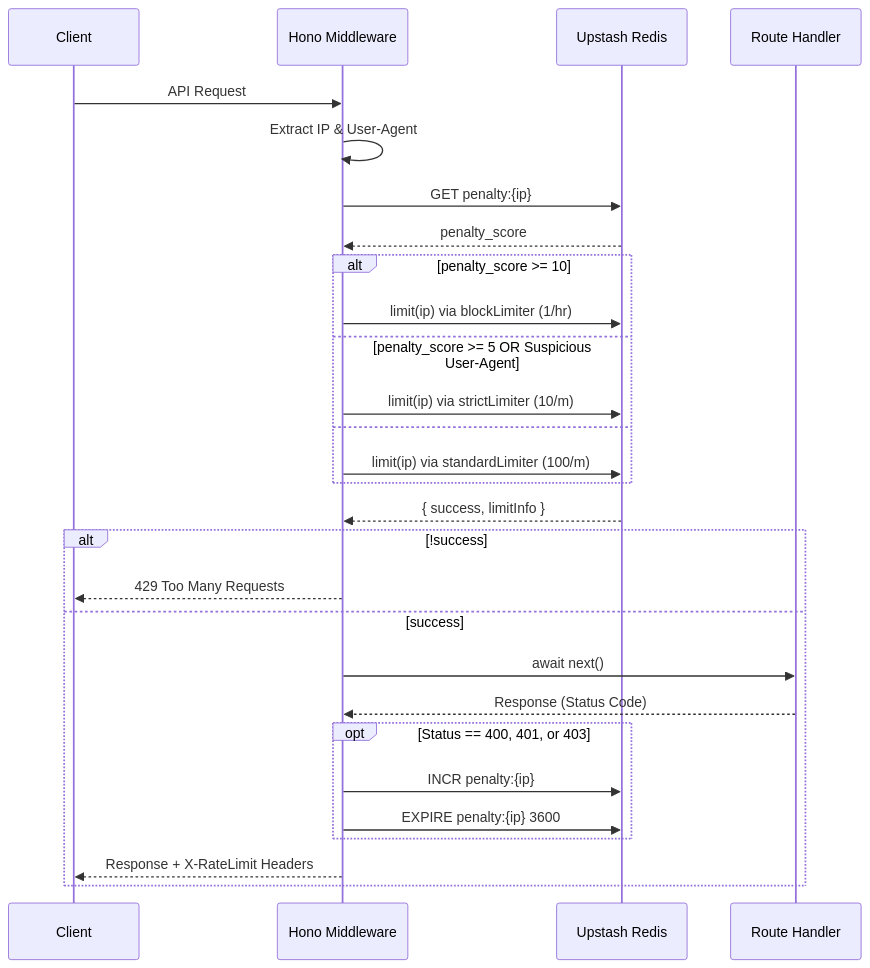
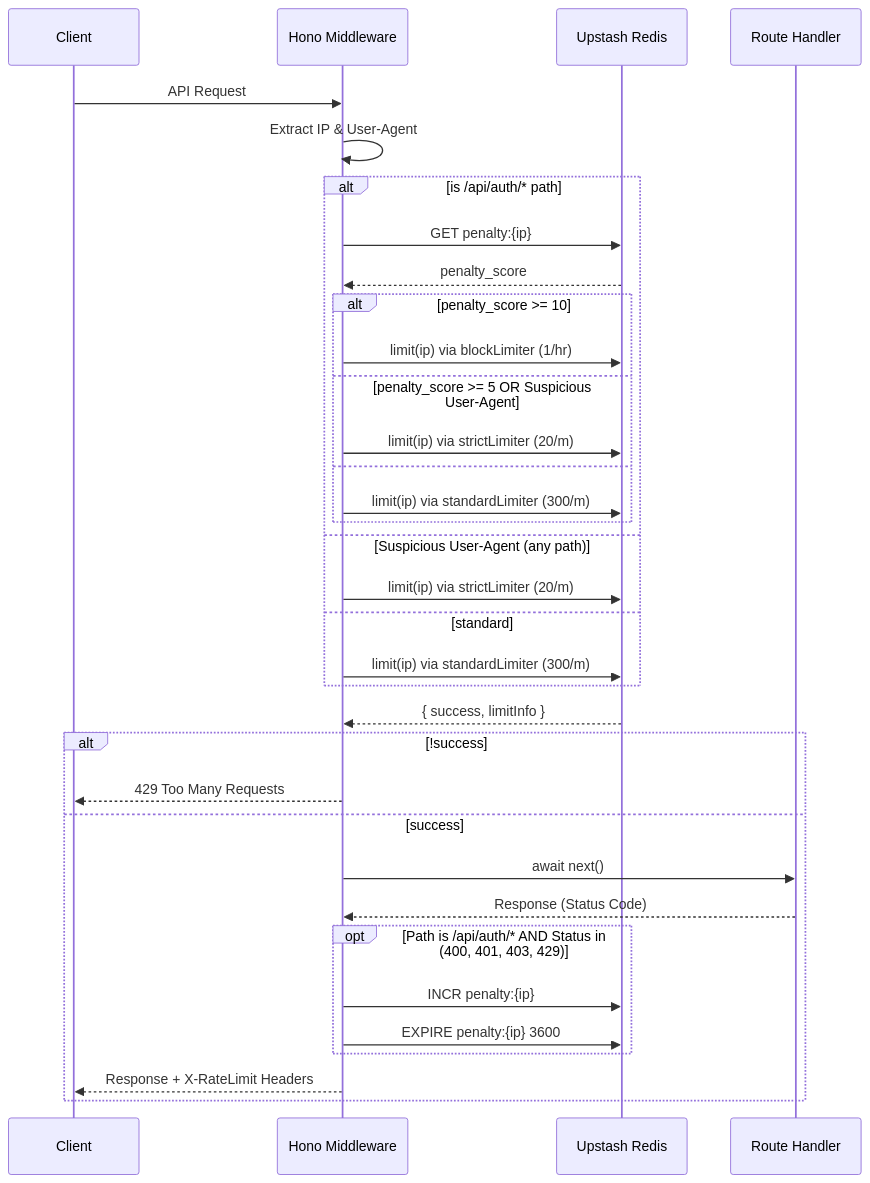
Before and after one commit to kanzhamada/Dokyudo: the diagram in docs/backend/redis-gatekeeper.md, drawn with Mermaid. The commit also changed other lines of this file, not shown here.

Commit message:
Relax rate limits; scope penalty accrual to auth only

````diff
--- a/docs/backend/redis-gatekeeper.md
+++ b/docs/backend/redis-gatekeeper.md
@@ -16,37 +18,42 @@
 ```mermaid
 sequenceDiagram
     participant Client
     participant Hono Middleware
     participant Upstash Redis
     participant Route Handler
 
     Client->>Hono Middleware: API Request
     Hono Middleware->>Hono Middleware: Extract IP & User-Agent
-    
-    Hono Middleware->>Upstash Redis: GET penalty:{ip}
-    Upstash Redis-->>Hono Middleware: penalty_score
-    
-    alt penalty_score >= 10
-        Hono Middleware->>Upstash Redis: limit(ip) via blockLimiter (1/hr)
-    else penalty_score >= 5 OR Suspicious User-Agent
-        Hono Middleware->>Upstash Redis: limit(ip) via strictLimiter (10/m)
-    else
-        Hono Middleware->>Upstash Redis: limit(ip) via standardLimiter (100/m)
+
+    alt is /api/auth/* path
+        Hono Middleware->>Upstash Redis: GET penalty:{ip}
+        Upstash Redis-->>Hono Middleware: penalty_score
+        alt penalty_score >= 10
+            Hono Middleware->>Upstash Redis: limit(ip) via blockLimiter (1/hr)
+        else penalty_score >= 5 OR Suspicious User-Agent
+            Hono Middleware->>Upstash Redis: limit(ip) via strictLimiter (20/m)
+        else
+            Hono Middleware->>Upstash Redis: limit(ip) via standardLimiter (300/m)
+        end
+    else Suspicious User-Agent (any path)
+        Hono Middleware->>Upstash Redis: limit(ip) via strictLimiter (20/m)
+    else standard
+        Hono Middleware->>Upstash Redis: limit(ip) via standardLimiter (300/m)
     end
-    
+
     Upstash Redis-->>Hono Middleware: { success, limitInfo }
-    
+
     alt !success
         Hono Middleware-->>Client: 429 Too Many Requests
     else success
         Hono Middleware->>Route Handler: await next()
         Route Handler-->>Hono Middleware: Response (Status Code)
-        
-        opt Status == 400, 401, or 403
+
+        opt Path is /api/auth/* AND Status in (400, 401, 403, 429)
             Hono Middleware->>Upstash Redis: INCR penalty:{ip}
             Hono Middleware->>Upstash Redis: EXPIRE penalty:{ip} 3600
         end
-        
+
         Hono Middleware-->>Client: Response + X-RateLimit Headers
     end
 ```
````
